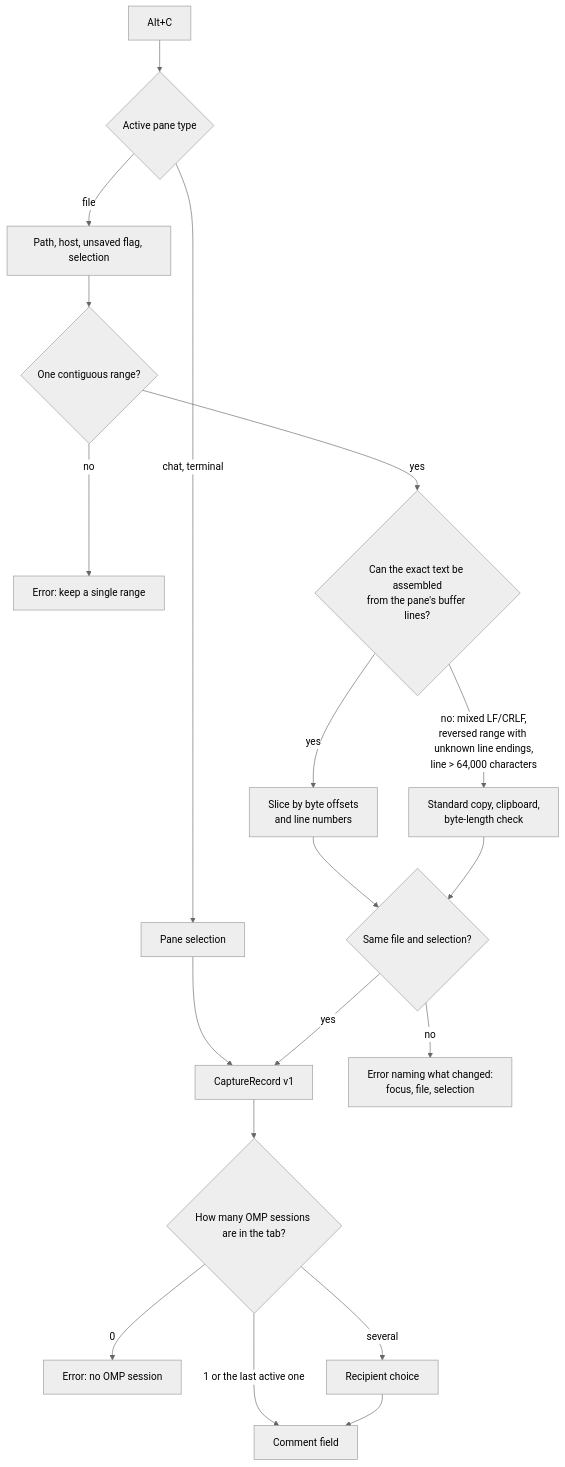
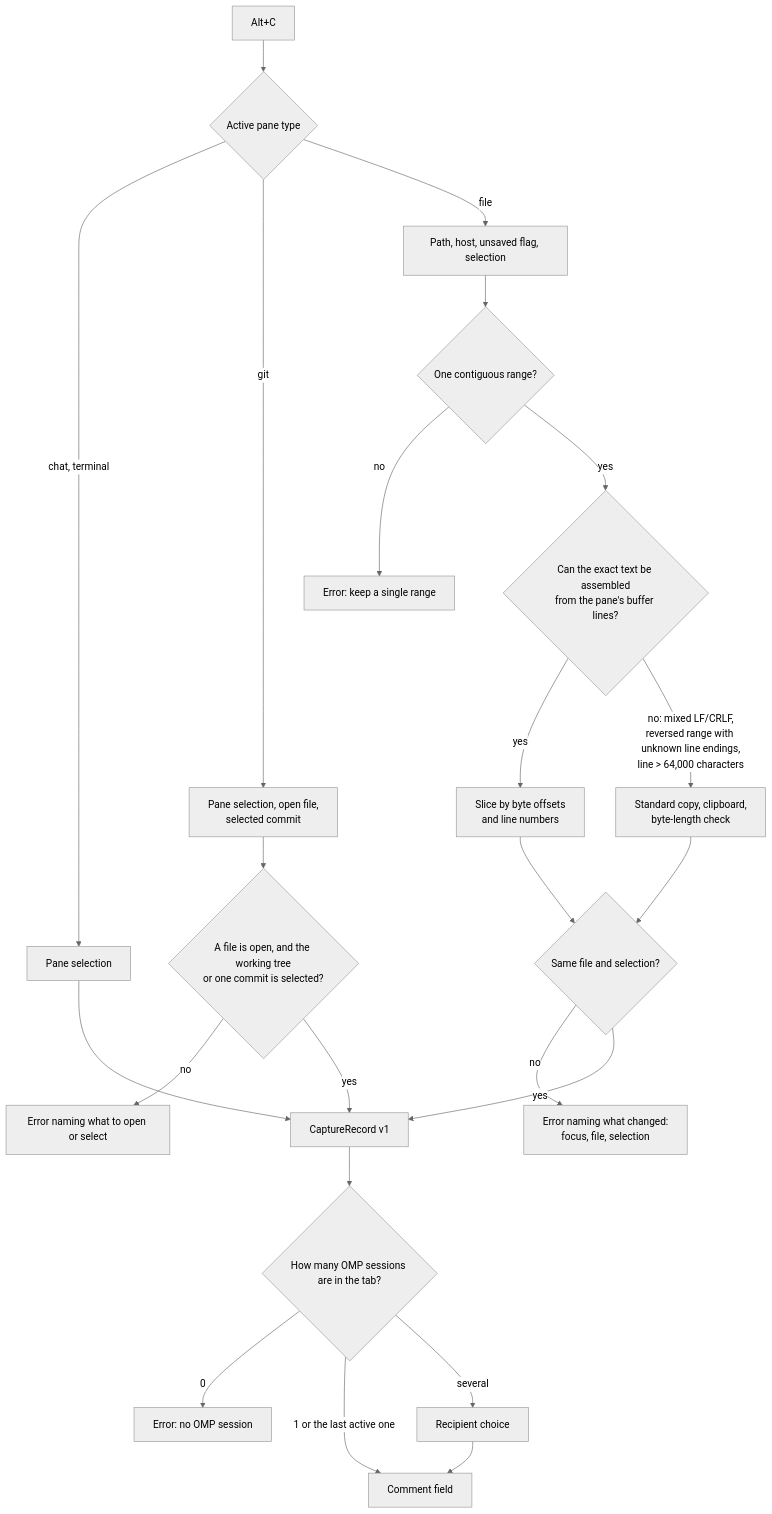
Before and after one commit to eboyko/stencil-highlighter: the third of 4 diagrams in SPECIFICATION.md, drawn with Mermaid (neutral theme). The commit also changed other lines of this file and 8 other files, not shown here.

````diff
--- a/SPECIFICATION.md
+++ b/SPECIFICATION.md
@@ -140,19 +141,23 @@
 ```mermaid
 flowchart TD
   K["Alt+C"] --> T{"Active pane type"}
   T -- "chat, terminal" --> S["Pane selection"] --> R
+  T -- "git" --> GS["Pane selection, open file,<br/>selected commit"]
+  GS --> GV{"A file is open, and the working tree<br/>or one commit is selected?"}
+  GV -- "no" --> X4["Error naming what to open or select"]
+  GV -- "yes" --> R
   T -- "file" --> F["Path, host, unsaved flag, selection"]
   F --> M{"One contiguous range?"}
   M -- "no" --> X1["Error: keep a single range"]
   M -- "yes" --> B{"Can the exact text be assembled<br/>from the pane's buffer lines?"}
   B -- "yes" --> SL["Slice by byte offsets<br/>and line numbers"]
   B -- "no: mixed LF/CRLF,<br/>reversed range with unknown line endings,<br/>line > 64,000 characters" --> CP["Standard copy, clipboard,<br/>byte-length check"]
   SL --> V{"Same file and selection?"}
   CP --> V
   V -- "no" --> X2["Error naming what changed:<br/>focus, file, selection"]
   V -- "yes" --> R["CaptureRecord v1"]
   R --> Q{"How many OMP sessions are in the tab?"}
   Q -- "0" --> X3["Error: no OMP session"]
   Q -- "1 or the last active one" --> I["Comment field"]
   Q -- "several" --> PK["Recipient choice"] --> I
 ```
````
